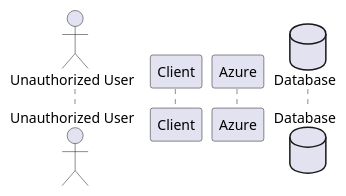
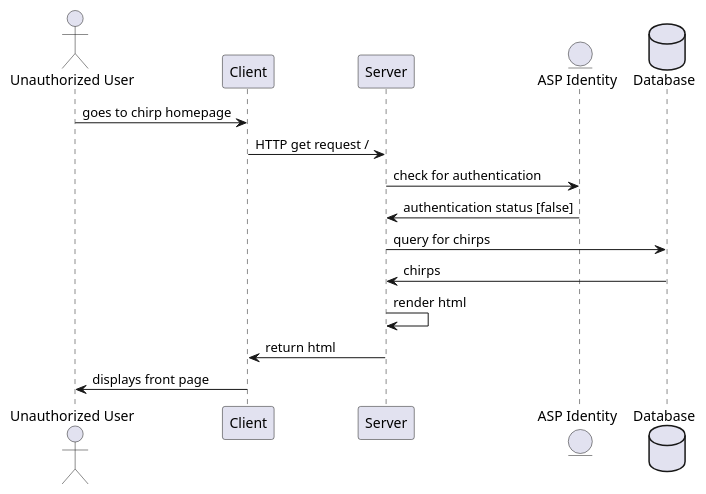
One commit to ITU-BDSA2024-GROUP9/Chirp changed the diagram in docs/diagrams/sequence.puml. Above: the diagram before and after it, drawn with PlantUML.

```diff
--- a/docs/diagrams/sequence.puml
+++ b/docs/diagrams/sequence.puml
@@ -1,10 +1,22 @@
 @startuml
 
 actor       "Unauthorized User" as usr
 participant Client              as client
-participant Azure               as server
+participant Server              as server
+
+entity      "ASP Identity"        as asp
 database    Database            as DB
+
+usr -> client : goes to chirp homepage
+client -> server : HTTP get request /
+server -> asp : check for authentication
+asp -> server : authentication status [false]
+server -> DB : query for chirps
+DB -> server : chirps
+server -> server : render html
+server -> client : return html
+client -> usr : displays front page
 
 
 
 @enduml
```
